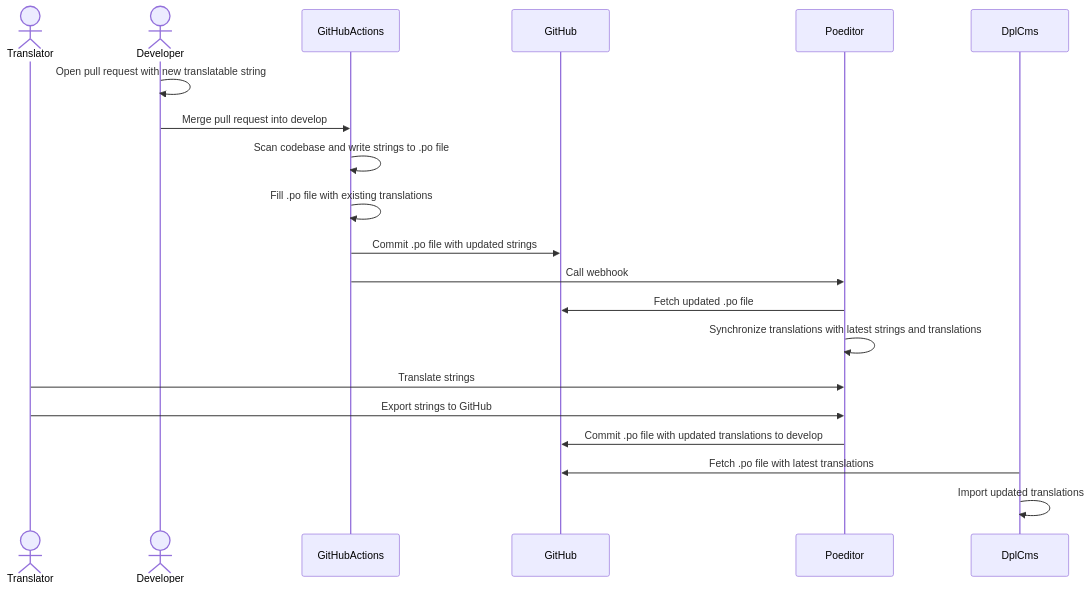
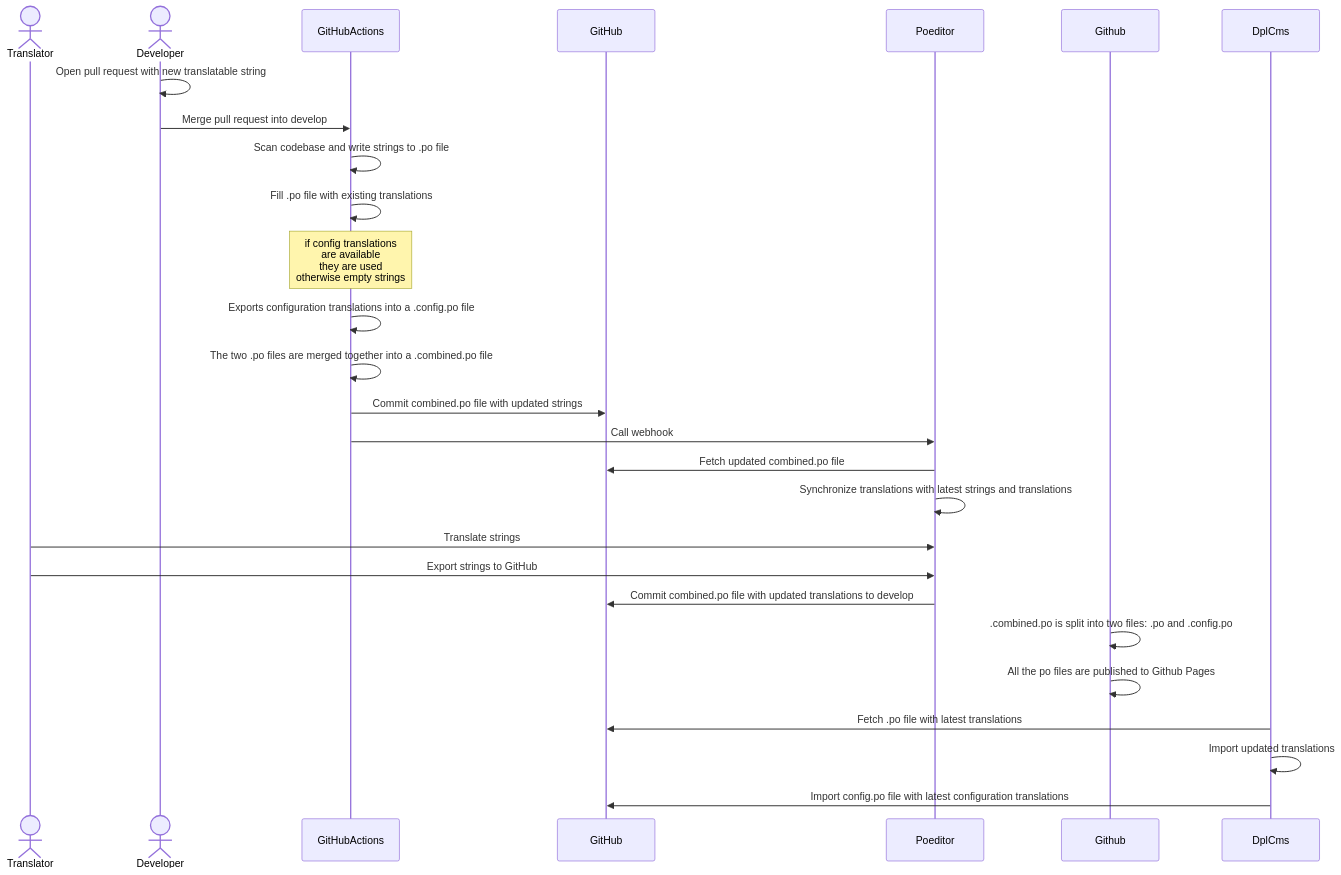
The diagram in cms/docs/translation.md (danskernesdigitalebibliotek/dpl-web), drawn with Mermaid before and after one commit. The commit also changed other lines of this file, not shown here.

Commit message:
Added documentation of the added config translation

````diff
--- a/cms/docs/translation.md
+++ b/cms/docs/translation.md
@@ -38,18 +43,24 @@
 ```mermaid
 sequenceDiagram
   Actor Translator
   Actor Developer
   Developer ->> Developer: Open pull request with new translatable string
   Developer ->> GitHubActions: Merge pull request into develop
   GitHubActions ->> GitHubActions: Scan codebase and write strings to .po file
   GitHubActions ->> GitHubActions: Fill .po file with existing translations
-  GitHubActions ->> GitHub: Commit .po file with updated strings
+  Note over GitHubActions,GitHubActions: if config translations<br/>are available<br/>they are used<br/>otherwise empty strings
+  GitHubActions ->> GitHubActions: Exports configuration translations into a .config.po file
+  GitHubActions ->> GitHubActions: The two .po files are merged together into a .combined.po file
+  GitHubActions ->> GitHub: Commit combined.po file with updated strings
   GitHubActions ->> Poeditor: Call webhook
-  Poeditor ->> GitHub: Fetch updated .po file
+  Poeditor ->> GitHub: Fetch updated combined.po file
   Poeditor ->> Poeditor: Synchronize translations with latest strings and translations
   Translator ->> Poeditor: Translate strings
   Translator ->> Poeditor: Export strings to GitHub
-  Poeditor ->> GitHub: Commit .po file with updated translations to develop
+  Poeditor ->> GitHub: Commit combined.po file with updated translations to develop
+  Github ->> Github: .combined.po is split into two files: .po and .config.po
+  Github ->> Github: All the po files are published to Github Pages
   DplCms ->> GitHub: Fetch .po file with latest translations
   DplCms ->> DplCms: Import updated translations
+  DplCms ->> GitHub: Import config.po file with latest configuration translations
 ```
````
